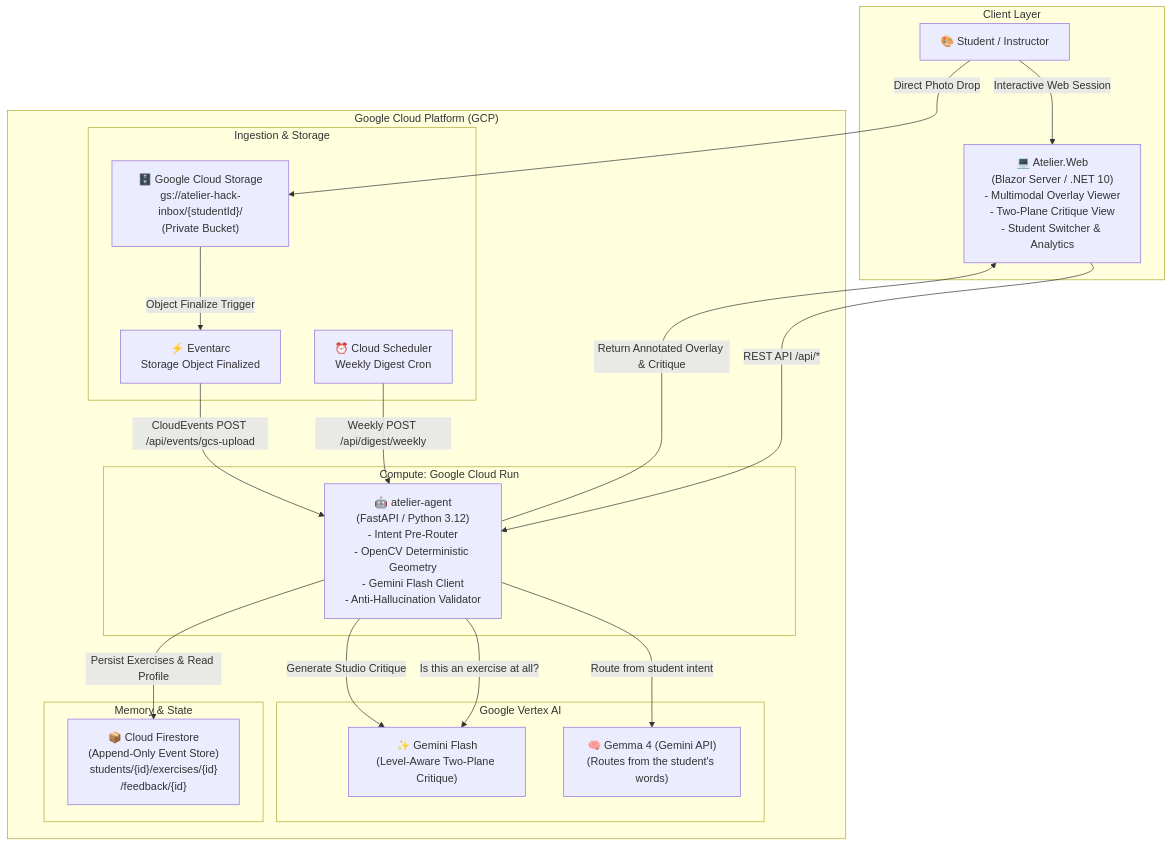
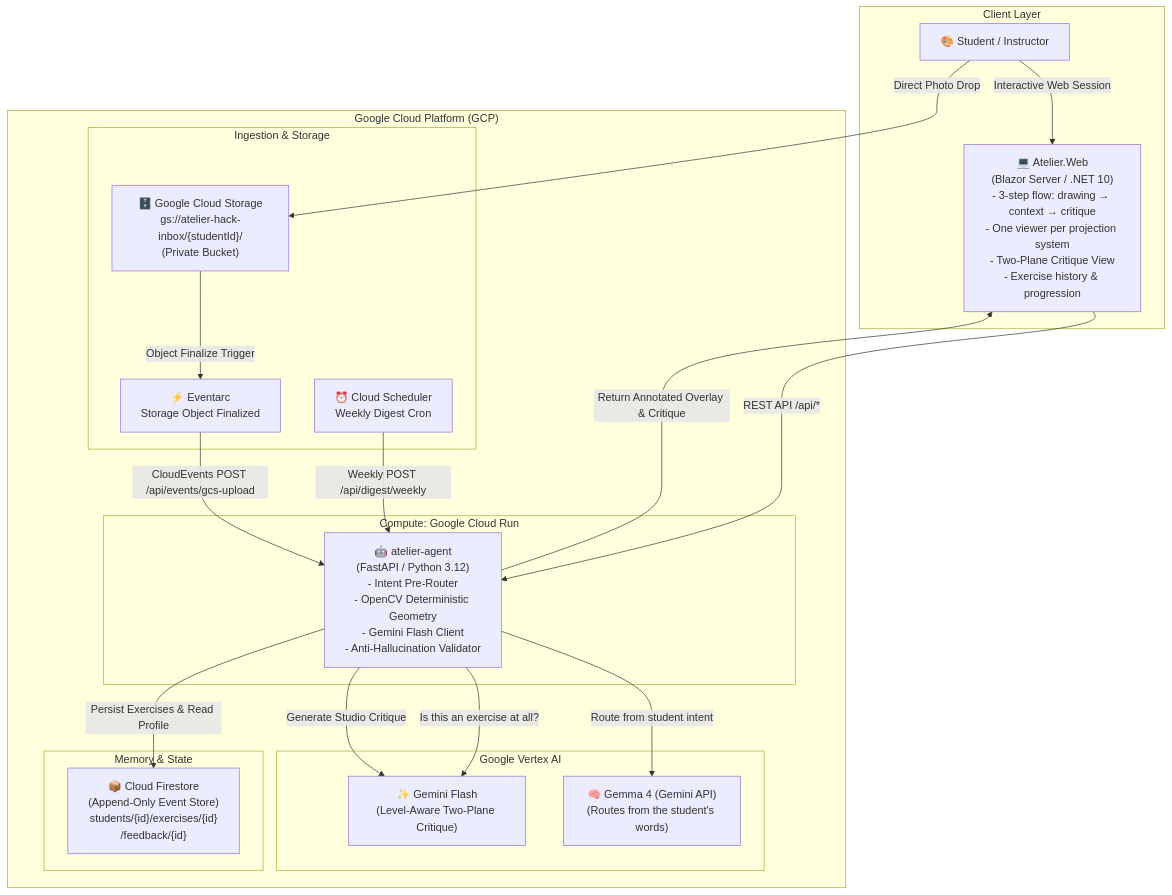
Before and after one commit to hvaler/atelier: the first of 2 diagrams in docs/ARCHITECTURE.md, drawn with Mermaid. The commit also changed other lines of this file and 5 other files, not shown here.

Commit message:
docs: align technical article, architecture and demo script with three projection engines and real provenance tracking

````diff
--- a/docs/ARCHITECTURE.md
+++ b/docs/ARCHITECTURE.md
@@ -9,44 +9,44 @@
 ```mermaid
 graph TB
     subgraph "Client Layer"
         User["🎨 Student / Instructor"]
-        WebUI["💻 Atelier.Web\n(Blazor Server / .NET 10)\n- Multimodal Overlay Viewer\n- Two-Plane Critique View\n- Student Switcher & Analytics"]
+        WebUI["💻 Atelier.Web\n(Blazor Server / .NET 10)\n- 3-step flow: drawing → context → critique\n- One viewer per projection system\n- Two-Plane Critique View\n- Exercise history & progression"]
     end
 
     subgraph "Google Cloud Platform (GCP)"
         subgraph "Ingestion & Storage"
             GCS["🗄️ Google Cloud Storage\ngs://atelier-hack-inbox/{studentId}/\n(Private Bucket)"]
             Eventarc["⚡ Eventarc\nStorage Object Finalized"]
             Scheduler["⏰ Cloud Scheduler\nWeekly Digest Cron"]
         end
 
         subgraph "Compute: Google Cloud Run"
             AgentService["🤖 atelier-agent\n(FastAPI / Python 3.12)\n- Intent Pre-Router\n- OpenCV Deterministic Geometry\n- Gemini Flash Client\n- Anti-Hallucination Validator"]
         end
 
         subgraph "Google Vertex AI"
             Router["🧠 Gemma 4 (Gemini API)
 (Routes from the student's words)"]
             Gemini["✨ Gemini Flash\n(Level-Aware Two-Plane Critique)"]
         end
 
         subgraph "Memory & State"
             Firestore["📦 Cloud Firestore\n(Append-Only Event Store)\nstudents/{id}/exercises/{id}\n/feedback/{id}"]
         end
     end
 
     User -->|Interactive Web Session| WebUI
     User -->|Direct Photo Drop| GCS
 
     WebUI -->|REST API /api/*| AgentService
     GCS -->|Object Finalize Trigger| Eventarc
     Eventarc -->|CloudEvents POST /api/events/gcs-upload| AgentService
     Scheduler -->|Weekly POST /api/digest/weekly| AgentService
 
     AgentService -->|Route from student intent| Router
     AgentService -->|Is this an exercise at all?| Gemini
     AgentService -->|Generate Studio Critique| Gemini
     AgentService -->|Persist Exercises & Read Profile| Firestore
 
     AgentService -->|Return Annotated Overlay & Critique| WebUI
 ```
````
